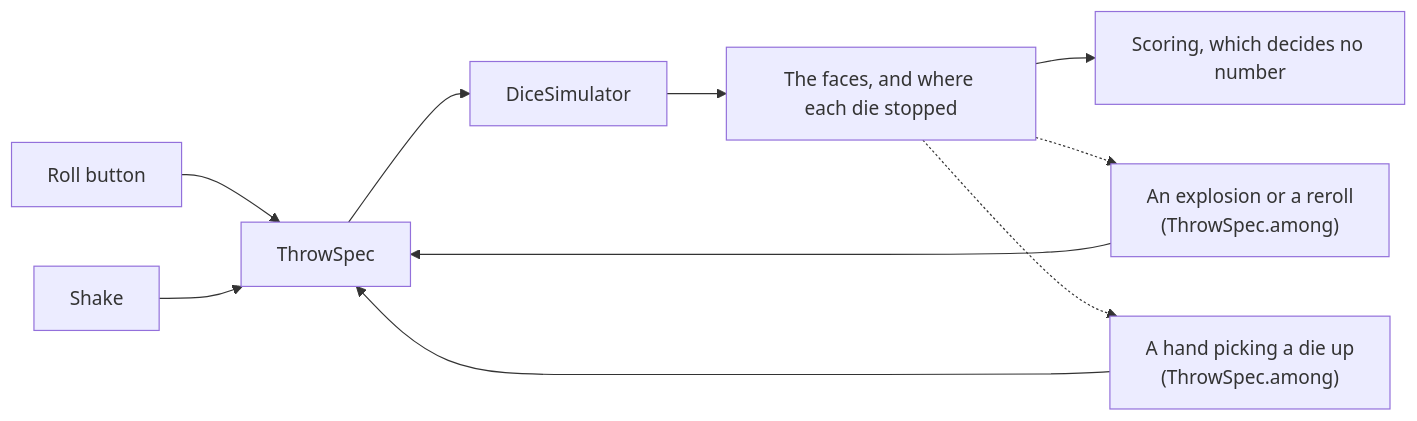
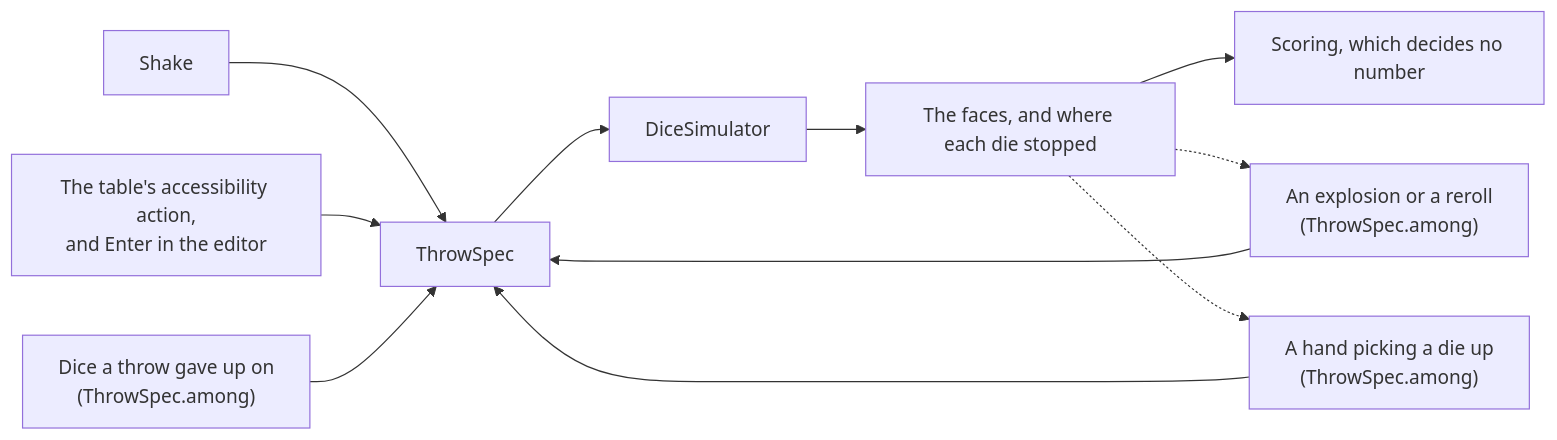
Before and after one commit to drehtuer/dInfinityApp: the diagram in docs/physics-and-rendering.md, drawn with Mermaid. The commit also changed other lines of this file and 8 other files, not shown here.

First line of the commit message:
Say in the docs that the shake is the throw

````diff
--- a/docs/physics-and-rendering.md
+++ b/docs/physics-and-rendering.md
@@ -220,12 +259,13 @@
 ```mermaid
 flowchart LR
-  button["Roll button"] --> spec["ThrowSpec"]
-  shake["Shake"] --> spec
+  shake["Shake"] --> spec["ThrowSpec"]
+  action["The table's accessibility action,<br/>and Enter in the editor"] --> spec
   chain["An explosion or a reroll<br/>(ThrowSpec.among)"] --> spec
+  stalled["Dice a throw gave up on<br/>(ThrowSpec.among)"] --> spec
   hand["A hand picking a die up<br/>(ThrowSpec.among)"] --> spec
   spec --> sim["DiceSimulator"]
   sim --> faces["The faces, and where each die stopped"]
   faces --> score["Scoring, which decides no number"]
   faces -.-> chain
   faces -.-> hand
 ```
````
